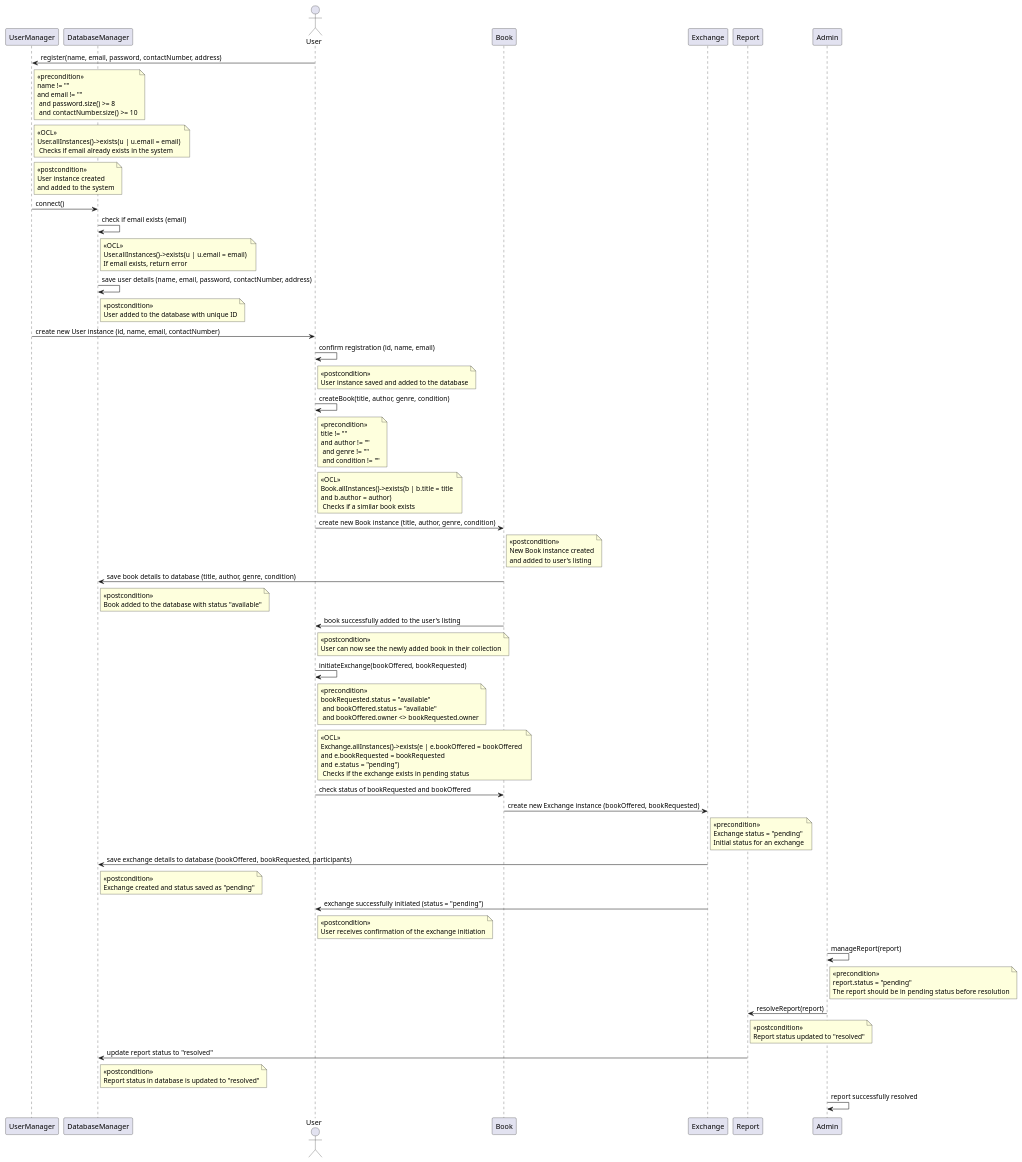
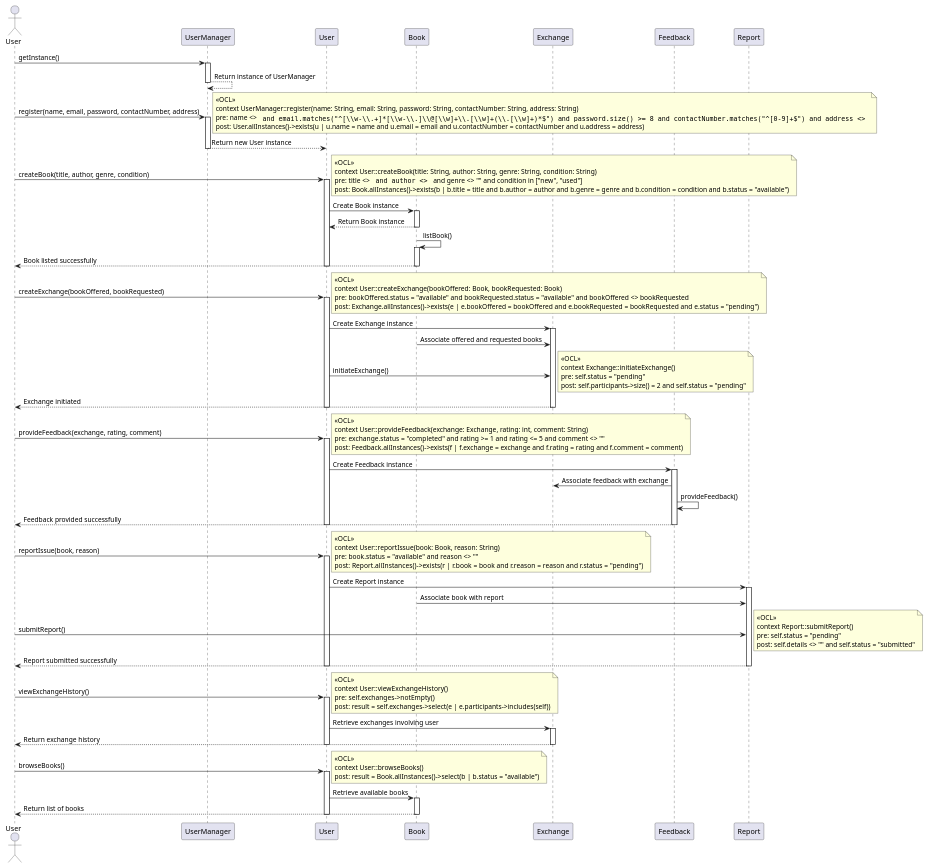
The diagram in design/Sequence Diagram with OCL/sequence OCL diagram.puml (Kareemaadel/BookX), drawn with PlantUML before and after one commit. The commit also changed 6 other files, not shown here.

Commit message:
Updated 2 diagrams

```diff
--- a/design/Sequence Diagram with OCL/sequence OCL diagram.puml
+++ b/design/Sequence Diagram with OCL/sequence OCL diagram.puml
@@ -1,58 +1,138 @@
 @startuml
+actor User as u
+participant UserManager as um
+participant User as user
+participant Book as b
+participant Exchange as e
+participant Feedback as f
+participant Report as r
 
-actor User
-participant UserManager
-participant DatabaseManager
-participant User
-participant Book
-participant Exchange
-participant Report
-participant Admin
 
-' User registers
-User -> UserManager : register(name, email, password, contactNumber, address)
-note right of UserManager : <<precondition>>\nname != "" \nand email != "" \n and password.size() >= 8\n and contactNumber.size() >= 10
-note right of UserManager : <<OCL>>\nUser.allInstances()->exists(u | u.email = email) \n Checks if email already exists in the system
-note right of UserManager : <<postcondition>>\nUser instance created\nand added to the system
-UserManager -> DatabaseManager : connect()
-DatabaseManager -> DatabaseManager : check if email exists (email)
-note right of DatabaseManager : <<OCL>>\nUser.allInstances()->exists(u | u.email = email) \nIf email exists, return error
-DatabaseManager -> DatabaseManager : save user details (name, email, password, contactNumber, address)
-note right of DatabaseManager : <<postcondition>>\nUser added to the database with unique ID
-UserManager -> User : create new User instance (id, name, email, contactNumber)
-User -> User : confirm registration (id, name, email)
-note right of User : <<postcondition>>\nUser instance saved and added to the database
+' --- User Registration ---
+u -> um : getInstance()
+activate um
+um --> um : Return instance of UserManager
+deactivate um
+u -> um : register(name, email, password, contactNumber, address)
+activate um
+note right
+<<OCL>>
+context UserManager::register(name: String, email: String, password: String, contactNumber: String, address: String)
+pre: name <> "" and email.matches("^[\\w-\\.+]*[\\w-\\.]\\@[\\w]+\\.[\\w]+(\\.[\\w]+)*$") and password.size() >= 8 and contactNumber.matches("^[0-9]+$") and address <> ""
+post: User.allInstances()->exists(u | u.name = name and u.email = email and u.contactNumber = contactNumber and u.address = address)
+end note
+um --> user : Return new User instance
+deactivate um
 
-' User creates a book
-User -> User : createBook(title, author, genre, condition)
-note right of User : <<precondition>>\ntitle != "" \nand author != "" \n and genre != "" \n and condition != ""
-note right of User : <<OCL>>\nBook.allInstances()->exists(b | b.title = title \nand b.author = author) \n Checks if a similar book exists
-User -> Book : create new Book instance (title, author, genre, condition)
-note right of Book : <<postcondition>>\nNew Book instance created\nand added to user's listing
-Book -> DatabaseManager : save book details to database (title, author, genre, condition)
-note right of DatabaseManager : <<postcondition>>\nBook added to the database with status "available"
-Book -> User : book successfully added to the user's listing
-note right of User : <<postcondition>>\nUser can now see the newly added book in their collection
+' --- Listing a Book ---
+u -> user : createBook(title, author, genre, condition)
+activate user
+note right
+<<OCL>>
+context User::createBook(title: String, author: String, genre: String, condition: String)
+pre: title <> "" and author <> "" and genre <> "" and condition in ["new", "used"]
+post: Book.allInstances()->exists(b | b.title = title and b.author = author and b.genre = genre and b.condition = condition and b.status = "available")
+end note
+user -> b : Create Book instance
+activate b
+b --> user : Return Book instance
+deactivate b
+b -> b : listBook()
+activate b
+b --> u : Book listed successfully
+deactivate b
+deactivate user
 
-' User initiates an exchange
-User -> User : initiateExchange(bookOffered, bookRequested)
-note right of User : <<precondition>>\nbookRequested.status = "available"\n and bookOffered.status = "available"\n and bookOffered.owner <> bookRequested.owner
-note right of User : <<OCL>>\nExchange.allInstances()->exists(e | e.bookOffered = bookOffered \nand e.bookRequested = bookRequested \nand e.status = "pending")\n Checks if the exchange exists in pending status
-User -> Book : check status of bookRequested and bookOffered
-Book -> Exchange : create new Exchange instance (bookOffered, bookRequested)
-note right of Exchange : <<precondition>>\nExchange status = "pending" \nInitial status for an exchange
-Exchange -> DatabaseManager : save exchange details to database (bookOffered, bookRequested, participants)
-note right of DatabaseManager : <<postcondition>>\nExchange created and status saved as "pending"
-Exchange -> User : exchange successfully initiated (status = "pending")
-note right of User : <<postcondition>>\nUser receives confirmation of the exchange initiation
+' --- Initiating an Exchange ---
+u -> user : createExchange(bookOffered, bookRequested)
+activate user
+note right
+<<OCL>>
+context User::createExchange(bookOffered: Book, bookRequested: Book)
+pre: bookOffered.status = "available" and bookRequested.status = "available" and bookOffered <> bookRequested
+post: Exchange.allInstances()->exists(e | e.bookOffered = bookOffered and e.bookRequested = bookRequested and e.status = "pending")
+end note
+user -> e : Create Exchange instance
+activate e
+b -> e : Associate offered and requested books
+user -> e : initiateExchange()
+note right
+<<OCL>>
+context Exchange::initiateExchange()
+pre: self.status = "pending"
+post: self.participants->size() = 2 and self.status = "pending"
+end note
+e --> u : Exchange initiated
+deactivate e
+deactivate user
 
-' Admin resolves a report
-Admin -> Admin : manageReport(report)
-note right of Admin : <<precondition>>\nreport.status = "pending" \nThe report should be in pending status before resolution
-Admin -> Report : resolveReport(report)
-note right of Report : <<postcondition>>\nReport status updated to "resolved"
-Report -> DatabaseManager : update report status to "resolved"
-note right of DatabaseManager : <<postcondition>>\nReport status in database is updated to "resolved"
-Admin -> Admin : report successfully resolved
+' --- Providing Feedback ---
+u -> user : provideFeedback(exchange, rating, comment)
+activate user
+note right
+<<OCL>>
+context User::provideFeedback(exchange: Exchange, rating: int, comment: String)
+pre: exchange.status = "completed" and rating >= 1 and rating <= 5 and comment <> ""
+post: Feedback.allInstances()->exists(f | f.exchange = exchange and f.rating = rating and f.comment = comment)
+end note
+user -> f : Create Feedback instance
+activate f
+f -> e : Associate feedback with exchange
+f -> f : provideFeedback()
+f --> u : Feedback provided successfully
+deactivate f
+deactivate user
+
+' --- Reporting an Issue ---
+u -> user : reportIssue(book, reason)
+activate user
+note right
+<<OCL>>
+context User::reportIssue(book: Book, reason: String)
+pre: book.status = "available" and reason <> ""
+post: Report.allInstances()->exists(r | r.book = book and r.reason = reason and r.status = "pending")
+end note
+user -> r : Create Report instance
+activate r
+b -> r : Associate book with report
+u -> r : submitReport()
+note right
+<<OCL>>
+context Report::submitReport()
+pre: self.status = "pending"
+post: self.details <> "" and self.status = "submitted"
+end note
+r --> u : Report submitted successfully
+deactivate r
+deactivate user
+
+' --- Viewing Exchange History ---
+u -> user : viewExchangeHistory()
+activate user
+note right
+<<OCL>>
+context User::viewExchangeHistory()
+pre: self.exchanges->notEmpty()
+post: result = self.exchanges->select(e | e.participants->includes(self))
+end note
+user -> e : Retrieve exchanges involving user
+activate e
+e --> u : Return exchange history
+deactivate e
+deactivate user
+
+' --- Browsing Books ---
+u -> user : browseBooks()
+activate user
+note right
+<<OCL>>
+context User::browseBooks()
+post: result = Book.allInstances()->select(b | b.status = "available")
+end note
+user -> b : Retrieve available books
+activate b
+b --> u : Return list of books
+deactivate b
+deactivate user
 
 @enduml
```
